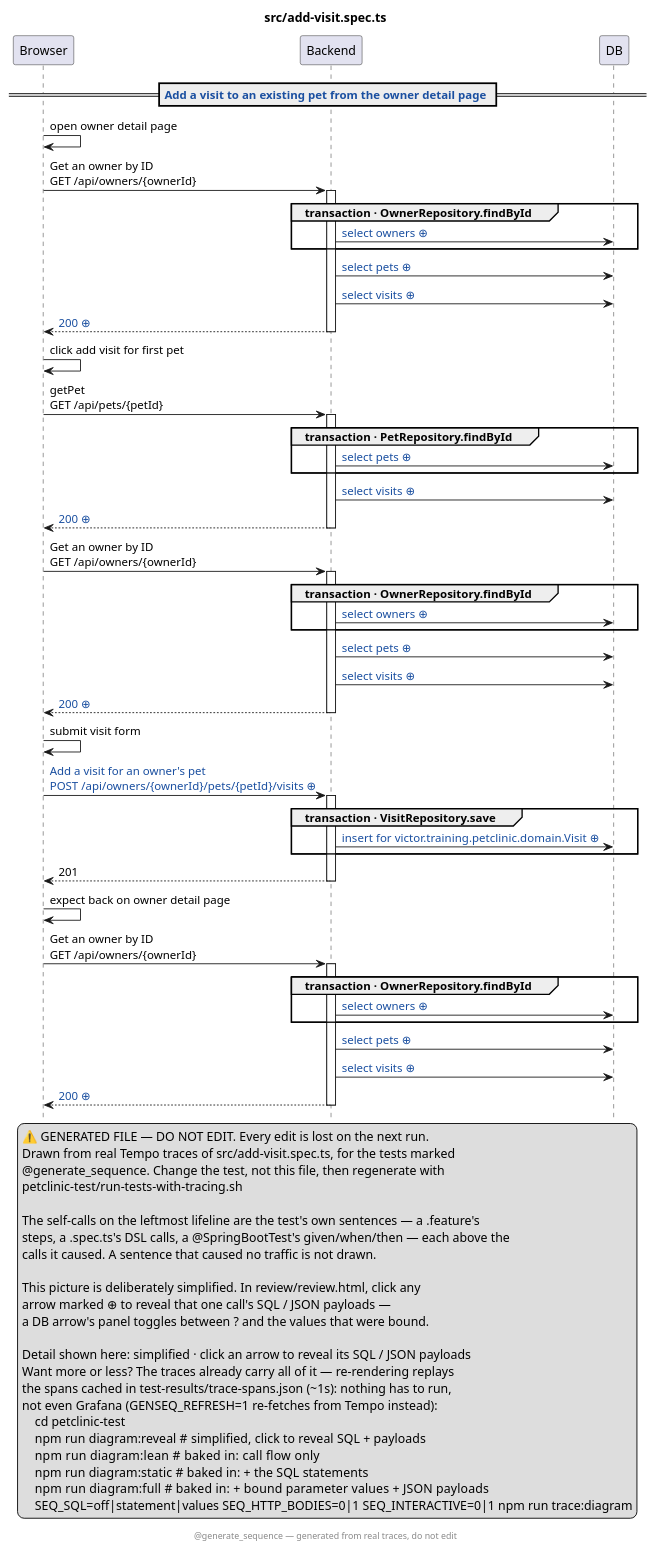
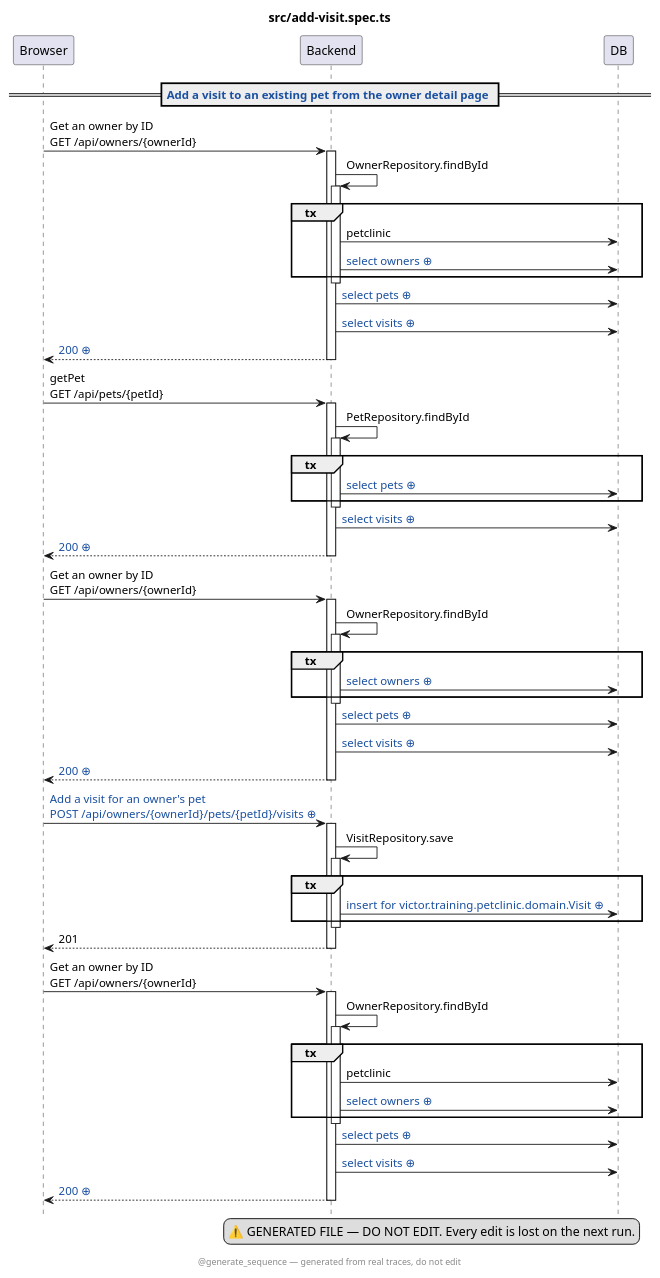
The diagram in petclinic-test/src/add-visit.spec.ts.genseq.puml (victorrentea/petclinic), drawn with PlantUML before and after one commit. The commit also changed 4 other files, not shown here.

First line of the commit message:
chore: a11y labels on visit fields, agent frontmatter, regenerated genseq

```diff
--- a/petclinic-test/src/add-visit.spec.ts.genseq.puml
+++ b/petclinic-test/src/add-visit.spec.ts.genseq.puml
@@ -1,83 +1,74 @@
 @startuml
 ' ⚠️  GENERATED FILE — DO NOT EDIT. Every edit is lost on the next run.
 hide footbox
 skinparam hyperlinkUnderline false
 skinparam hyperlinkColor #1A4FA0
 title src/add-visit.spec.ts
 legend right
   ⚠️  GENERATED FILE — DO NOT EDIT. Every edit is lost on the next run.
-  Drawn from real Tempo traces of src/add-visit.spec.ts, for the tests marked
-  @generate_sequence. Change the test, not this file, then regenerate with
-  petclinic-test/run-tests-with-tracing.sh
- 
-  The self-calls on the leftmost lifeline are the test's own sentences — a .feature's
-  steps, a .spec.ts's DSL calls, a @SpringBootTest's given/when/then — each above the
-  calls it caused. A sentence that caused no traffic is not drawn.
- 
-  This picture is deliberately simplified. In review/review.html, click any
-  arrow marked ⊕ to reveal that one call's SQL / JSON payloads —
-  a DB arrow's panel toggles between ? and the values that were bound.
- 
-  Detail shown here: simplified · click an arrow to reveal its SQL / JSON payloads
-  Want more or less? The traces already carry all of it — re-rendering replays
-  the spans cached in test-results/trace-spans.json (~1s): nothing has to run,
-  not even Grafana (GENSEQ_REFRESH=1 re-fetches from Tempo instead):
-      cd petclinic-test
-      npm run diagram:reveal  # simplified, click to reveal SQL + payloads
-      npm run diagram:lean    # baked in: call flow only
-      npm run diagram:static  # baked in: + the SQL statements
-      npm run diagram:full    # baked in: + bound parameter values + JSON payloads
-      SEQ_SQL=off|statement|values SEQ_HTTP_BODIES=0|1 SEQ_INTERACTIVE=0|1 npm run trace:diagram
 end legend
 footer @generate_sequence — generated from real traces, do not edit
 participant Browser
 participant Backend
 participant DB
-== [[genseq-scenario://31{Open the test at this scenario} Add a visit to an existing pet from the owner detail page]] ==
-Browser -> Browser: open owner detail page
+== [[src://petclinic-test/src/add-visit.spec.ts:31{Click to open the test} Add a visit to an existing pet from the owner detail page]] ==
 Browser -> Backend: Get an owner by ID\nGET /api/owners/{ownerId}
 activate Backend
-group transaction · OwnerRepository.findById
+Backend -> Backend: OwnerRepository.findById
+activate Backend
+group tx
+Backend -> DB: petclinic
 Backend -> DB: [[genseq://0totfe9{Click for the statement behind this call} select owners ⊕]]
 end
+deactivate Backend
 Backend -> DB: [[genseq://1hjadar{Click for the statement behind this call} select pets ⊕]]
 Backend -> DB: [[genseq://1cdku0l{Click for the statement behind this call} select visits ⊕]]
-Backend --> Browser: [[genseq://0nrwmu9{Click for this call’s JSON body} 200 ⊕]]
+Backend --> Browser: [[genseq://1fv50ul{Click for this call’s JSON body} 200 ⊕]]
 deactivate Backend
-Browser -> Browser: click add visit for first pet
 Browser -> Backend: getPet\nGET /api/pets/{petId}
 activate Backend
-group transaction · PetRepository.findById
+Backend -> Backend: PetRepository.findById
+activate Backend
+group tx
 Backend -> DB: [[genseq://0jw0huv{Click for the statement behind this call} select pets ⊕]]
 end
+deactivate Backend
 Backend -> DB: [[genseq://1cdku0l{Click for the statement behind this call} select visits ⊕]]
-Backend --> Browser: [[genseq://0jxn8v7{Click for this call’s JSON body} 200 ⊕]]
+Backend --> Browser: [[genseq://1jmhw1b{Click for this call’s JSON body} 200 ⊕]]
 deactivate Backend
 Browser -> Backend: Get an owner by ID\nGET /api/owners/{ownerId}
 activate Backend
-group transaction · OwnerRepository.findById
+Backend -> Backend: OwnerRepository.findById
+activate Backend
+group tx
 Backend -> DB: [[genseq://0totfe9{Click for the statement behind this call} select owners ⊕]]
 end
+deactivate Backend
 Backend -> DB: [[genseq://1hjadar{Click for the statement behind this call} select pets ⊕]]
 Backend -> DB: [[genseq://1cdku0l{Click for the statement behind this call} select visits ⊕]]
-Backend --> Browser: [[genseq://1f64knf{Click for this call’s JSON body} 200 ⊕]]
+Backend --> Browser: [[genseq://1fv50ul{Click for this call’s JSON body} 200 ⊕]]
 deactivate Backend
-Browser -> Browser: submit visit form
-Browser -> Backend: [[genseq://08lhats{Click for this call’s JSON body} Add a visit for an owner's pet\nPOST /api/owners/{ownerId}/pets/{petId}/visits ⊕]]
+Browser -> Backend: [[genseq://0ewb2ka{Click for this call’s JSON body} Add a visit for an owner's pet\nPOST /api/owners/{ownerId}/pets/{petId}/visits ⊕]]
 activate Backend
-group transaction · VisitRepository.save
-Backend -> DB: [[genseq://0k674tq{Click for the statement behind this call} insert for victor.training.petclinic.domain.Visit ⊕]]
+Backend -> Backend: VisitRepository.save
+activate Backend
+group tx
+Backend -> DB: [[genseq://0zdhg4g{Click for the statement behind this call} insert for victor.training.petclinic.domain.Visit ⊕]]
 end
+deactivate Backend
 Backend --> Browser: 201
 deactivate Backend
-Browser -> Browser: expect back on owner detail page
 Browser -> Backend: Get an owner by ID\nGET /api/owners/{ownerId}
 activate Backend
-group transaction · OwnerRepository.findById
+Backend -> Backend: OwnerRepository.findById
+activate Backend
+group tx
+Backend -> DB: petclinic
 Backend -> DB: [[genseq://0totfe9{Click for the statement behind this call} select owners ⊕]]
 end
+deactivate Backend
 Backend -> DB: [[genseq://1hjadar{Click for the statement behind this call} select pets ⊕]]
 Backend -> DB: [[genseq://1cdku0l{Click for the statement behind this call} select visits ⊕]]
-Backend --> Browser: [[genseq://1hv9gzm{Click for this call’s JSON body} 200 ⊕]]
+Backend --> Browser: [[genseq://1vbj9c7{Click for this call’s JSON body} 200 ⊕]]
 deactivate Backend
 @enduml
```
